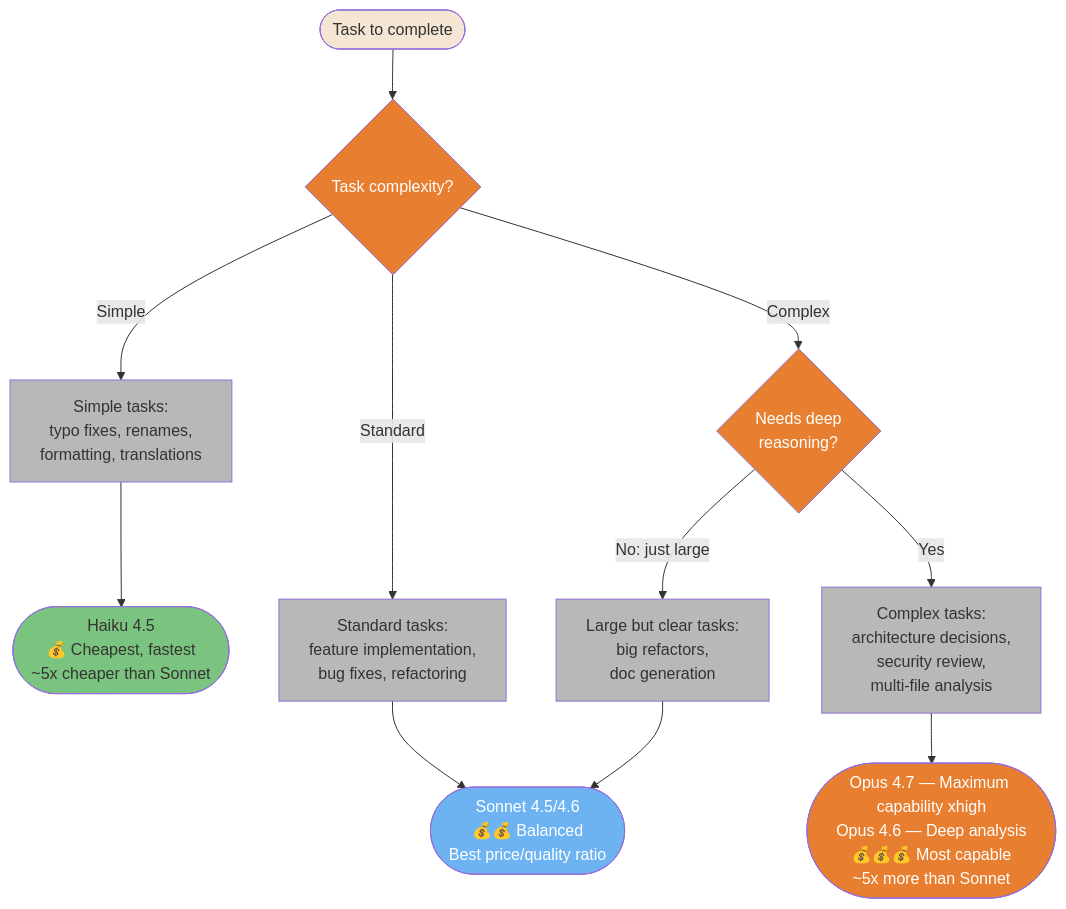
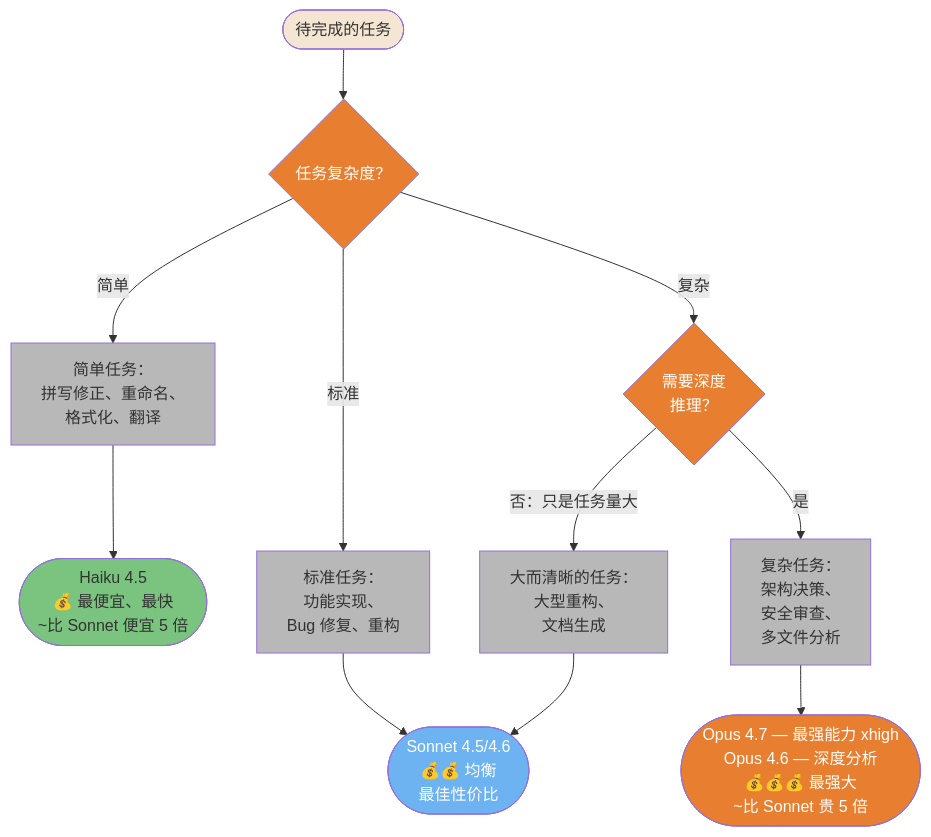
Before and after one commit to lawrencewzen/aispark-wiki: the first of 4 diagrams in claude-code/diagrams/09-cost-and-optimization.md, drawn with Mermaid. The commit also changed other lines of this file and 82 other files, not shown here.

First line of the commit message:
feat: 完成 claude-code/ 目录全量中文翻译

````diff
--- a/claude-code/diagrams/09-cost-and-optimization.md
+++ b/claude-code/diagrams/09-cost-and-optimization.md
@@ -21,39 +21,39 @@
 ```mermaid
 flowchart TD
-    A([Task to complete]) --> B{Task complexity?}
+    A([待完成的任务]) --> B{任务复杂度？}
 
-    B -->|Simple| C["Simple tasks:<br/>typo fixes, renames,<br/>formatting, translations"]
-    C --> D([Haiku 4.5<br/>💰 Cheapest, fastest<br/>~5x cheaper than Sonnet])
+    B -->|简单| C["简单任务：<br/>拼写修正、重命名、<br/>格式化、翻译"]
+    C --> D([Haiku 4.5<br/>💰 最便宜、最快<br/>~比 Sonnet 便宜 5 倍])
 
-    B -->|Standard| E["Standard tasks:<br/>feature implementation,<br/>bug fixes, refactoring"]
-    E --> F([Sonnet 4.5/4.6<br/>💰💰 Balanced<br/>Best price/quality ratio])
+    B -->|标准| E["标准任务：<br/>功能实现、<br/>Bug 修复、重构"]
+    E --> F([Sonnet 4.5/4.6<br/>💰💰 均衡<br/>最佳性价比])
 
-    B -->|Complex| G{Needs deep<br/>reasoning?}
-    G -->|Yes| H["Complex tasks:<br/>architecture decisions,<br/>security review,<br/>multi-file analysis"]
-    H --> I([Opus 4.7 — Maximum capability xhigh<br/>Opus 4.6 — Deep analysis<br/>💰💰💰 Most capable<br/>~5x more than Sonnet])
+    B -->|复杂| G{需要深度<br/>推理？}
+    G -->|是| H["复杂任务：<br/>架构决策、<br/>安全审查、<br/>多文件分析"]
+    H --> I([Opus 4.7 — 最强能力 xhigh<br/>Opus 4.6 — 深度分析<br/>💰💰💰 最强大<br/>~比 Sonnet 贵 5 倍])
 
-    G -->|No: just large| J["Large but clear tasks:<br/>big refactors,<br/>doc generation"]
+    G -->|否：只是任务量大| J["大而清晰的任务：<br/>大型重构、<br/>文档生成"]
     J --> F
 
     style A fill:#F5E6D3,color:#333
     style B fill:#E87E2F,color:#fff
     style G fill:#E87E2F,color:#fff
     style D fill:#7BC47F,color:#333
     style F fill:#6DB3F2,color:#fff
     style I fill:#E87E2F,color:#fff
     style C fill:#B8B8B8,color:#333
     style E fill:#B8B8B8,color:#333
     style H fill:#B8B8B8,color:#333
     style J fill:#B8B8B8,color:#333
 
-    click A href "https://github.com/claude-code-ultimate-guide/claude-code-ultimate-guide/blob/main/guide/ultimate-guide.md#25-model-selection--thinking-guide" "Task to complete"
-    click B href "https://github.com/claude-code-ultimate-guide/claude-code-ultimate-guide/blob/main/guide/ultimate-guide.md#25-model-selection--thinking-guide" "Task complexity?"
-    click C href "https://github.com/claude-code-ultimate-guide/claude-code-ultimate-guide/blob/main/guide/ultimate-guide.md#25-model-selection--thinking-guide" "Simple tasks"
+    click A href "https://github.com/claude-code-ultimate-guide/claude-code-ultimate-guide/blob/main/guide/ultimate-guide.md#25-model-selection--thinking-guide" "待完成的任务"
+    click B href "https://github.com/claude-code-ultimate-guide/claude-code-ultimate-guide/blob/main/guide/ultimate-guide.md#25-model-selection--thinking-guide" "任务复杂度？"
+    click C href "https://github.com/claude-code-ultimate-guide/claude-code-ultimate-guide/blob/main/guide/ultimate-guide.md#25-model-selection--thinking-guide" "简单任务"
     click D href "https://github.com/claude-code-ultimate-guide/claude-code-ultimate-guide/blob/main/guide/ultimate-guide.md#25-model-selection--thinking-guide" "Haiku 4.5"
-    click E href "https://github.com/claude-code-ultimate-guide/claude-code-ultimate-guide/blob/main/guide/ultimate-guide.md#25-model-selection--thinking-guide" "Standard tasks"
+    click E href "https://github.com/claude-code-ultimate-guide/claude-code-ultimate-guide/blob/main/guide/ultimate-guide.md#25-model-selection--thinking-guide" "标准任务"
     click F href "https://github.com/claude-code-ultimate-guide/claude-code-ultimate-guide/blob/main/guide/ultimate-guide.md#25-model-selection--thinking-guide" "Sonnet 4.5/4.6"
-    click G href "https://github.com/claude-code-ultimate-guide/claude-code-ultimate-guide/blob/main/guide/ultimate-guide.md#25-model-selection--thinking-guide" "Needs deep reasoning?"
-    click H href "https://github.com/claude-code-ultimate-guide/claude-code-ultimate-guide/blob/main/guide/ultimate-guide.md#25-model-selection--thinking-guide" "Complex tasks"
+    click G href "https://github.com/claude-code-ultimate-guide/claude-code-ultimate-guide/blob/main/guide/ultimate-guide.md#25-model-selection--thinking-guide" "需要深度推理？"
+    click H href "https://github.com/claude-code-ultimate-guide/claude-code-ultimate-guide/blob/main/guide/ultimate-guide.md#25-model-selection--thinking-guide" "复杂任务"
     click I href "https://github.com/claude-code-ultimate-guide/claude-code-ultimate-guide/blob/main/guide/ultimate-guide.md#25-model-selection--thinking-guide" "Opus 4.7 / Opus 4.6 / Sonnet + --think-hard"
-    click J href "https://github.com/claude-code-ultimate-guide/claude-code-ultimate-guide/blob/main/guide/ultimate-guide.md#25-model-selection--thinking-guide" "Large but clear tasks"
+    click J href "https://github.com/claude-code-ultimate-guide/claude-code-ultimate-guide/blob/main/guide/ultimate-guide.md#25-model-selection--thinking-guide" "大而清晰的任务"
 ```
````
